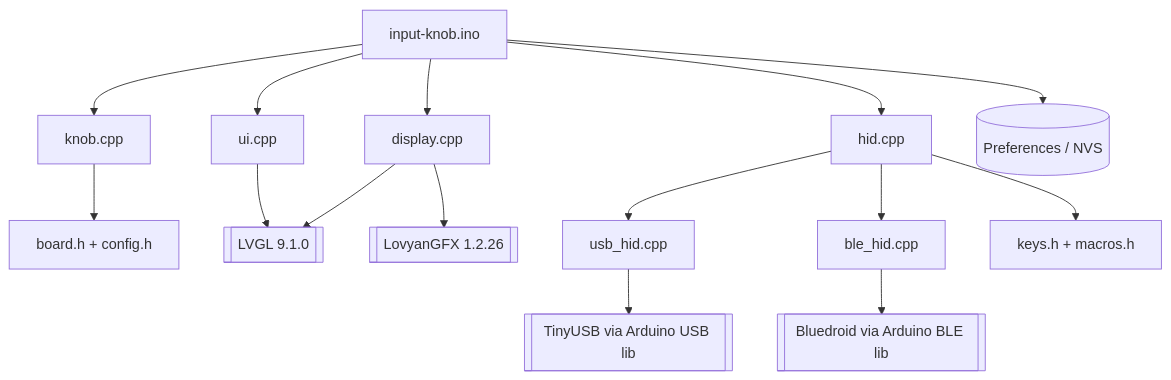
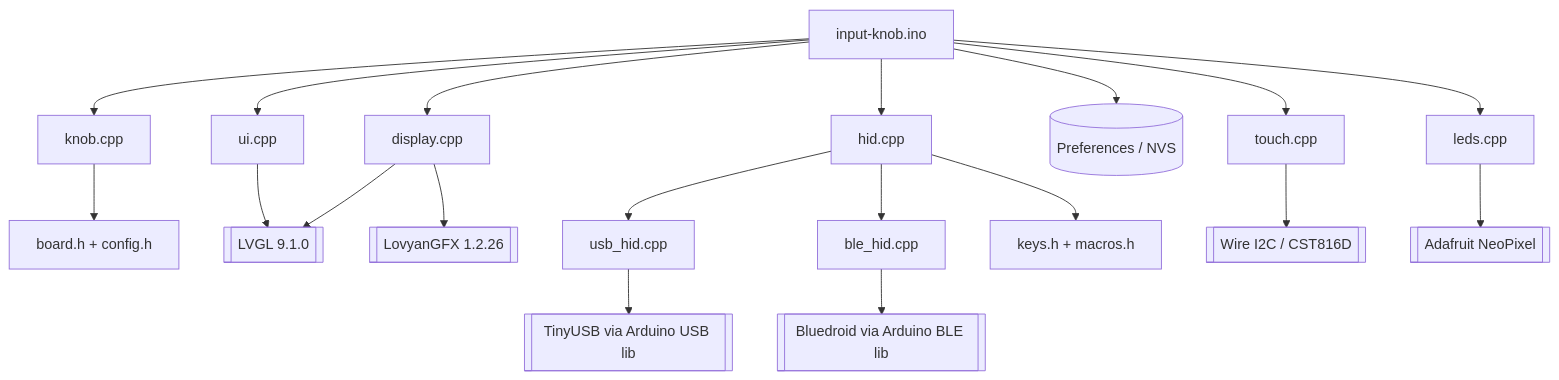
One commit to bsommers/input-knob changed the third of 3 diagrams in docs/ARCHITECTURE.md. Above: the diagram before and after it, drawn with Mermaid. The commit also changed other lines of this file and 28 other files, not shown here.

````diff
--- a/docs/ARCHITECTURE.md
+++ b/docs/ARCHITECTURE.md
@@ -170,17 +187,21 @@
 ```mermaid
 graph TD
     INO[input-knob.ino] --> KNOB[knob.cpp]
     INO --> UI[ui.cpp]
     INO --> DISP[display.cpp]
     INO --> HID[hid.cpp]
     INO --> PREF[(Preferences / NVS)]
+    INO --> TOUCH[touch.cpp]
+    INO --> LEDS[leds.cpp]
+    TOUCH --> WIRE[[Wire I2C / CST816D]]
+    LEDS --> NEO[[Adafruit NeoPixel]]
     UI --> LVGL[[LVGL 9.1.0]]
     DISP --> LVGL
     DISP --> LGFX[[LovyanGFX 1.2.26]]
     HID --> USBH[usb_hid.cpp]
     HID --> BLEH[ble_hid.cpp]
     USBH --> TUSB[[TinyUSB via Arduino USB lib]]
     BLEH --> BD[[Bluedroid via Arduino BLE lib]]
     KNOB --> BOARD[board.h + config.h]
     HID --> KEYS[keys.h + macros.h]
 ```
````
